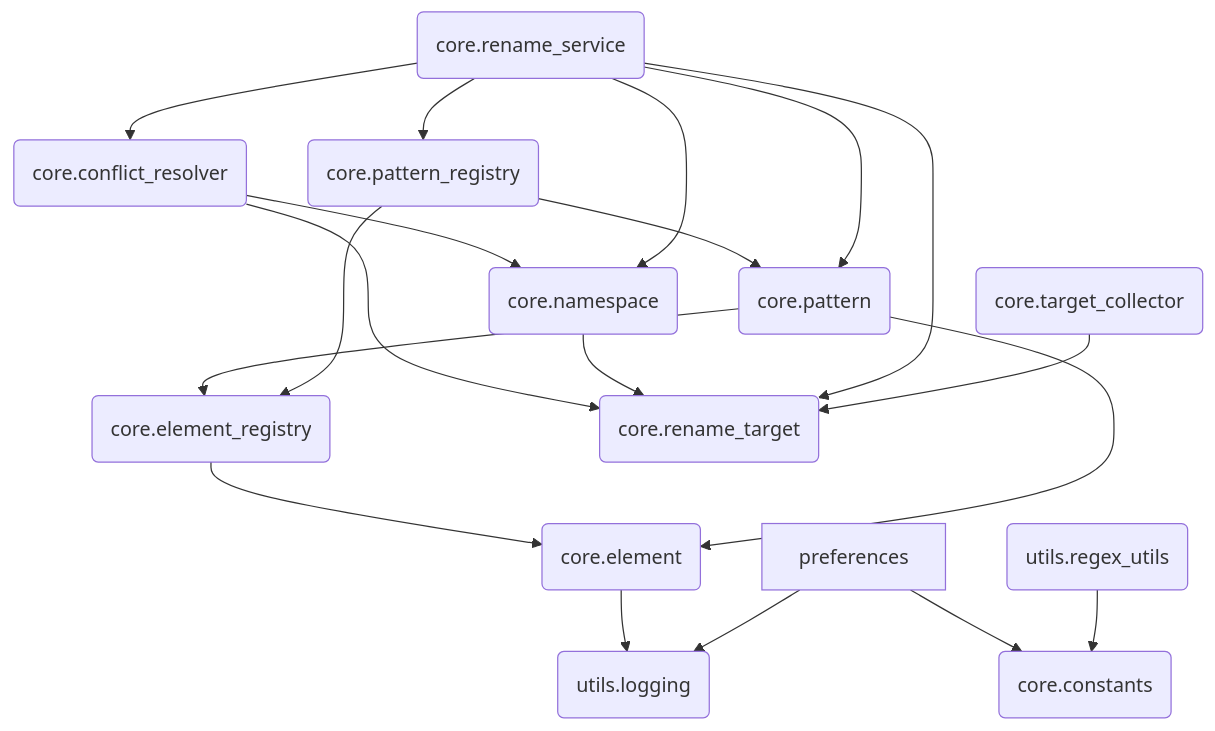
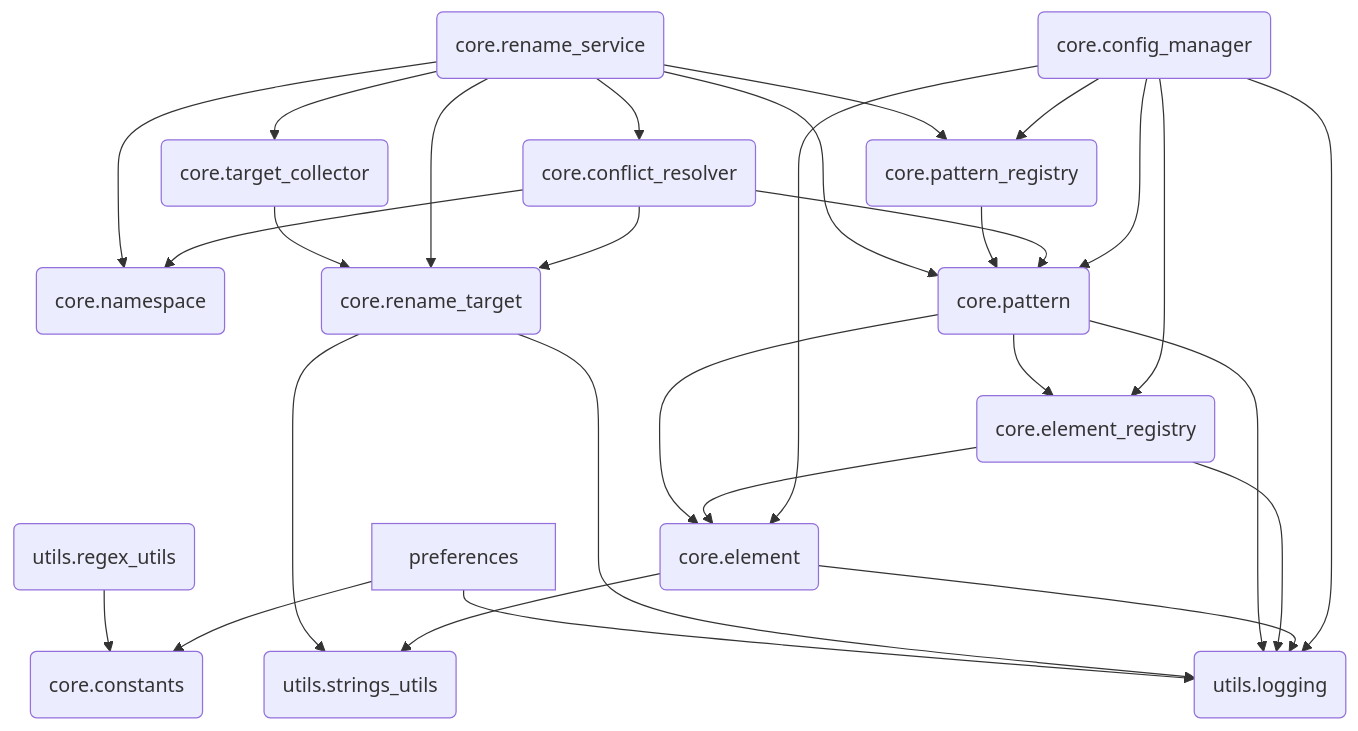
One commit to Pluglug/modular-renamer changed the diagram in debug/module_dependencies.mmd. Above: the diagram before and after it, drawn with Mermaid. The commit also changed 13 other files, not shown here.

```diff
--- a/debug/module_dependencies.mmd
+++ b/debug/module_dependencies.mmd
@@ -1,38 +1,50 @@
 ---
 config:
   theme: default
   flowchart:
     curve: basis
 ---
 flowchart TD
+    core_config_manager(core.config_manager)
     core_conflict_resolver(core.conflict_resolver)
     core_constants(core.constants)
+    core_element(core.element)
     core_element_registry(core.element_registry)
-    core_element(core.element)
     core_namespace(core.namespace)
     core_pattern(core.pattern)
     core_pattern_registry(core.pattern_registry)
     core_rename_service(core.rename_service)
     core_rename_target(core.rename_target)
     core_target_collector(core.target_collector)
     preferences[preferences]
     utils_logging(utils.logging)
     utils_regex_utils(utils.regex_utils)
+    utils_strings_utils(utils.strings_utils)
+    core_config_manager --> core_element_registry
+    core_config_manager --> core_element
+    core_config_manager --> utils_logging
+    core_config_manager --> core_pattern_registry
+    core_config_manager --> core_pattern
     core_conflict_resolver --> core_rename_target
     core_conflict_resolver --> core_namespace
+    core_conflict_resolver --> core_pattern
+    core_element --> utils_strings_utils
+    core_element --> utils_logging
     core_element_registry --> core_element
-    core_element --> utils_logging
-    core_namespace --> core_rename_target
+    core_element_registry --> utils_logging
     core_pattern --> core_element
+    core_pattern --> utils_logging
     core_pattern --> core_element_registry
-    core_pattern_registry --> core_element_registry
     core_pattern_registry --> core_pattern
+    core_rename_service --> core_rename_target
     core_rename_service --> core_namespace
+    core_rename_service --> core_conflict_resolver
+    core_rename_service --> core_target_collector
     core_rename_service --> core_pattern_registry
-    core_rename_service --> core_conflict_resolver
     core_rename_service --> core_pattern
-    core_rename_service --> core_rename_target
+    core_rename_target --> utils_strings_utils
+    core_rename_target --> utils_logging
     core_target_collector --> core_rename_target
+    preferences --> utils_logging
     preferences --> core_constants
-    preferences --> utils_logging
     utils_regex_utils --> core_constants
```
